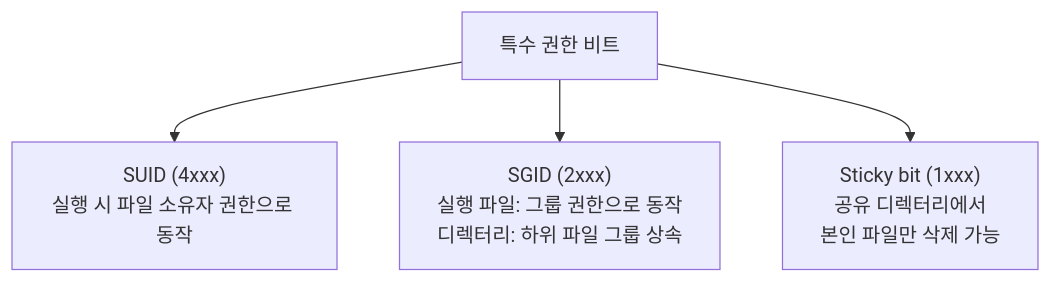
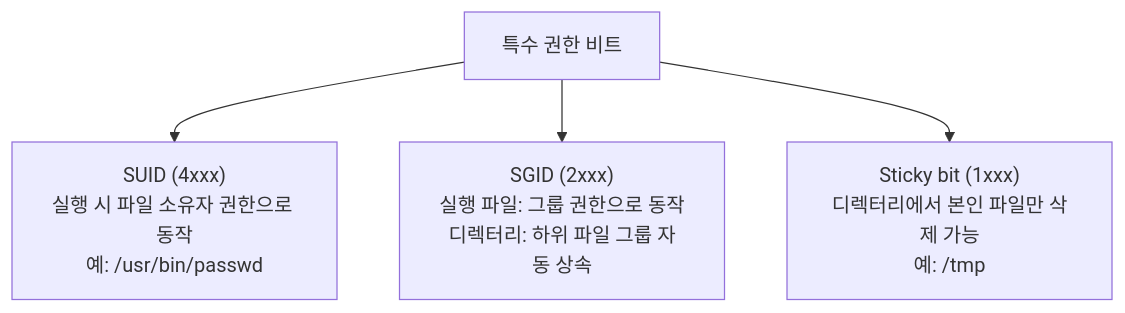
The fourth of 5 diagrams in _posts/2026-03-06-Linux-3-2.md (sbaek100/sbaek100.github.io), drawn with Mermaid before and after one commit. The commit also changed other lines of this file and 2 other files, not shown here.

Commit message:
Update Linux week 3 Mermaid line breaks

````diff
--- a/_posts/2026-03-06-Linux-3-2.md
+++ b/_posts/2026-03-06-Linux-3-2.md
@@ -185,6 +419,6 @@
 ```mermaid
 flowchart TD
-    SP["특수 권한 비트"] --> SUID["SUID (4xxx)\n실행 시 파일 소유자 권한으로 동작"]
-    SP --> SGID["SGID (2xxx)\n실행 파일: 그룹 권한으로 동작\n디렉터리: 하위 파일 그룹 상속"]
-    SP --> SB["Sticky bit (1xxx)\n공유 디렉터리에서\n본인 파일만 삭제 가능"]
+    SP["특수 권한 비트"] --> SUID["SUID (4xxx)<br/>실행 시 파일 소유자 권한으로 동작<br/>예: /usr/bin/passwd"]
+    SP --> SGID["SGID (2xxx)<br/>실행 파일: 그룹 권한으로 동작<br/>디렉터리: 하위 파일 그룹 자동 상속"]
+    SP --> SB["Sticky bit (1xxx)<br/>디렉터리에서 본인 파일만 삭제 가능<br/>예: /tmp"]
 ```
````
